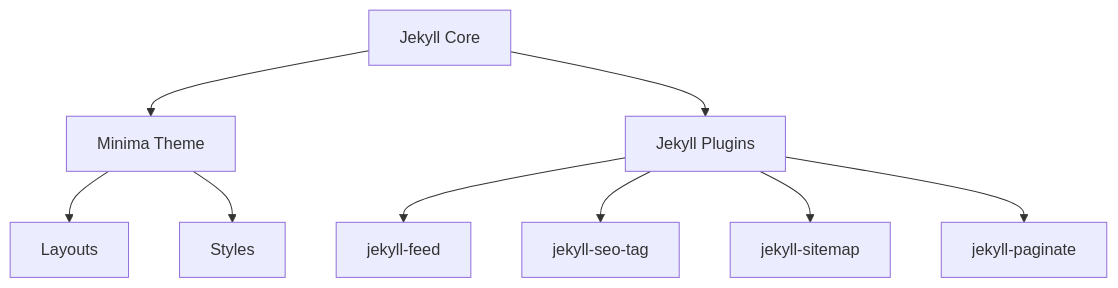
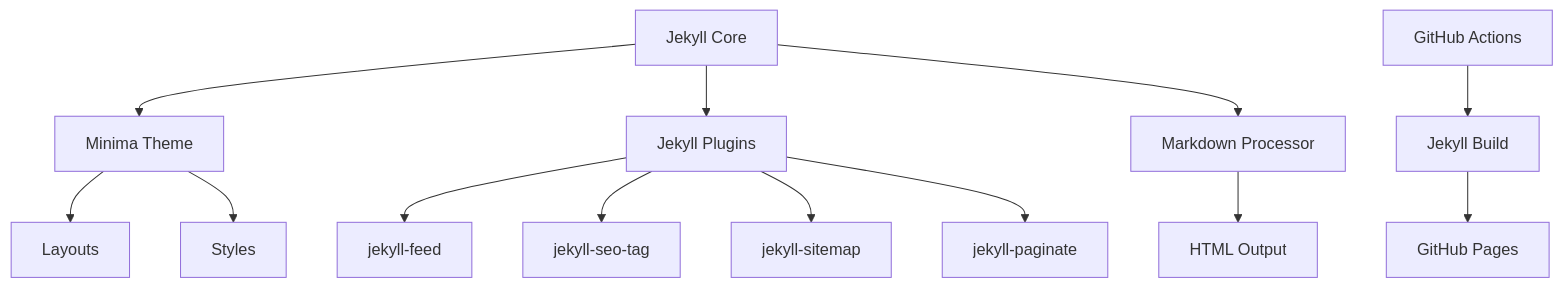
The diagram in PROJECT_ARCHITECTURE.md (geyu210/blog), drawn with Mermaid before and after one commit. The commit also changed other lines of this file and 2 other files, not shown here.

Commit message:
simplify configuration for GitHub Pages

````diff
--- a/PROJECT_ARCHITECTURE.md
+++ b/PROJECT_ARCHITECTURE.md
@@ -31,11 +54,15 @@
 ```mermaid
 graph TD
     A[Jekyll Core] --> B[Minima Theme]
     A --> C[Jekyll Plugins]
     C --> D[jekyll-feed]
     C --> E[jekyll-seo-tag]
     C --> F[jekyll-sitemap]
     C --> G[jekyll-paginate]
     B --> H[Layouts]
     B --> I[Styles]
+    A --> J[Markdown Processor]
+    J --> K[HTML Output]
+    L[GitHub Actions] --> M[Jekyll Build]
+    M --> N[GitHub Pages]
 ```
````
